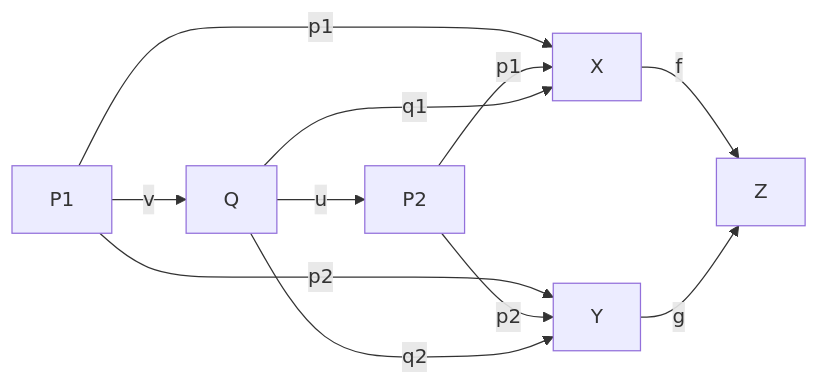
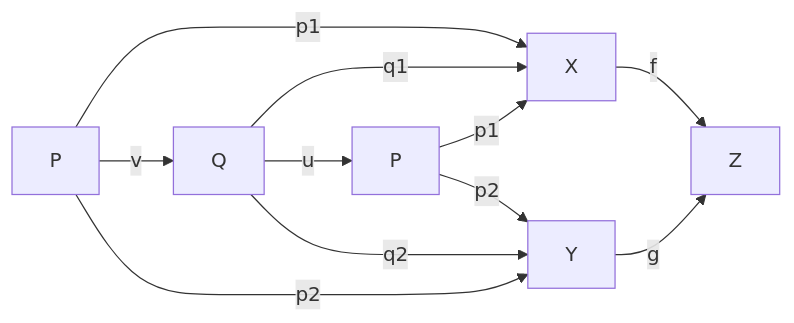
The sixth of 7 diagrams in Unidad 4/p4.md (AgustinRamiroDiaz/LCC-CM2), drawn with Mermaid before and after one commit. The commit also changed other lines of this file, not shown here.

````diff
--- a/Unidad 4/p4.md
+++ b/Unidad 4/p4.md
@@ -316,13 +328,13 @@
 ```mermaid
 graph LR;
-    P1-->|v|Q
-    Q-->|u|P2
-    P1-->|p2|Y
-    P1-->|p1|X
-    P2-->|p2|Y
-    P2-->|p1|X
+    P["P"]-->|v|Q
+    Q-->|u|P2["P"]
+    P["P"]-->|p1|X
     Q-->|q1|X
+    P2["P"]-->|p2|Y
+    P2["P"]-->|p1|X
     Q-->|q2|Y
+    P["P"]-->|p2|Y
     X-->|f|Z
     Y-->|g|Z
 ```
````
